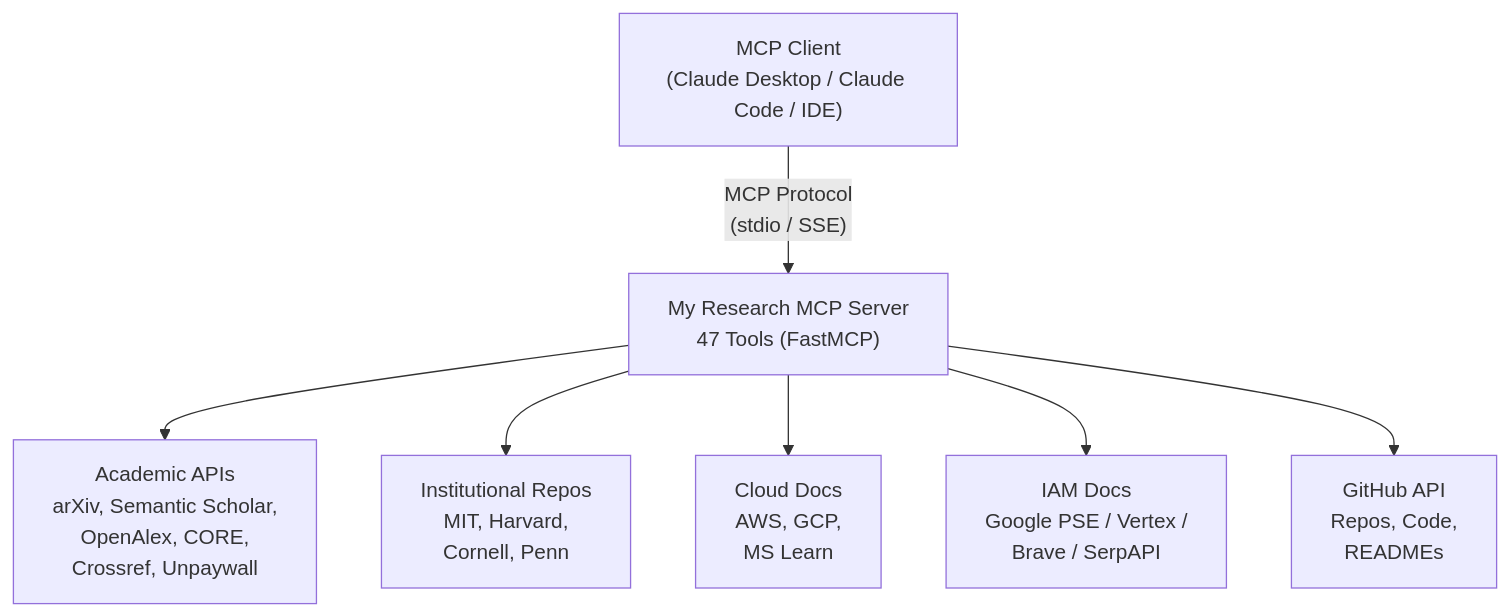
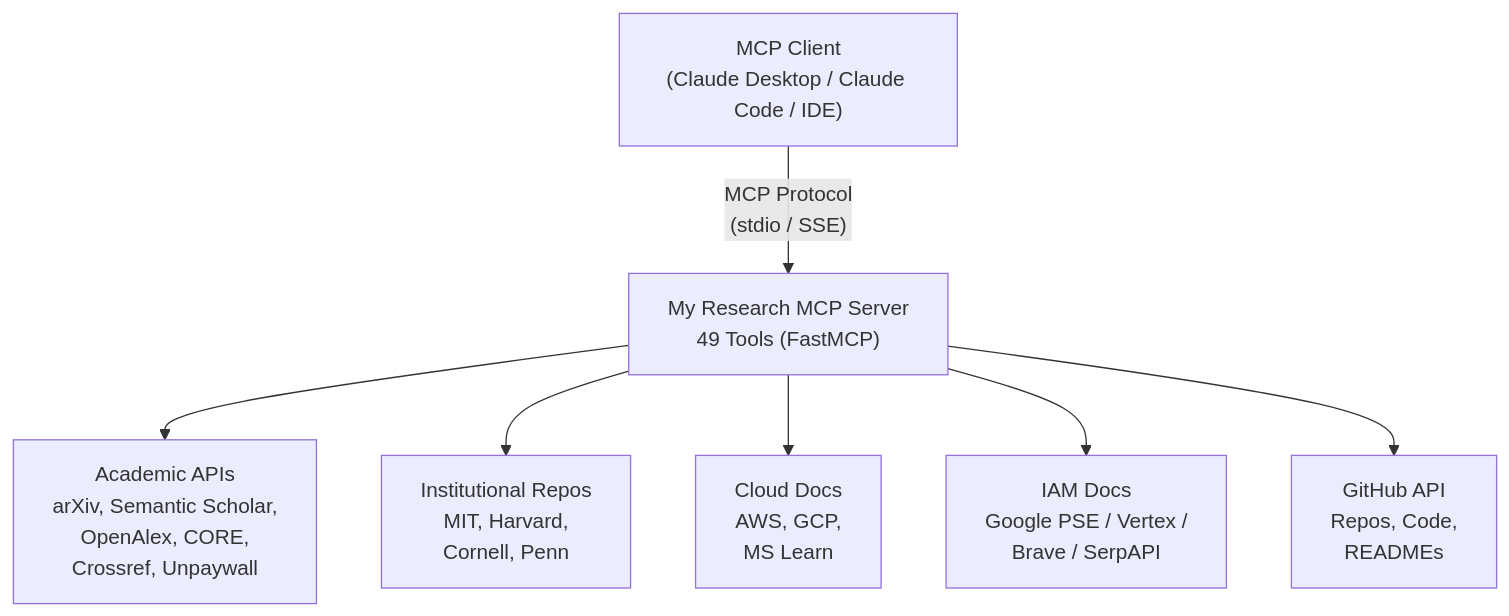
The first of 4 diagrams in README.md (kennylhilljr/my-research-mcp-server), drawn with Mermaid before and after one commit. The commit also changed other lines of this file and 6 other files, not shown here.

````diff
--- a/README.md
+++ b/README.md
@@ -73,13 +74,13 @@
 ```mermaid
 graph TD
     Client["MCP Client<br/>(Claude Desktop / Claude Code / IDE)"]
-    Server["My Research MCP Server<br/>47 Tools (FastMCP)"]
+    Server["My Research MCP Server<br/>49 Tools (FastMCP)"]
 
     Client -->|"MCP Protocol<br/>(stdio / SSE)"| Server
 
     Server --> Academic["Academic APIs<br/>arXiv, Semantic Scholar,<br/>OpenAlex, CORE,<br/>Crossref, Unpaywall"]
     Server --> Institutional["Institutional Repos<br/>MIT, Harvard,<br/>Cornell, Penn"]
     Server --> Cloud["Cloud Docs<br/>AWS, GCP,<br/>MS Learn"]
     Server --> IAM["IAM Docs<br/>Google PSE / Vertex /<br/>Brave / SerpAPI"]
     Server --> GitHub["GitHub API<br/>Repos, Code,<br/>READMEs"]
 ```
````
